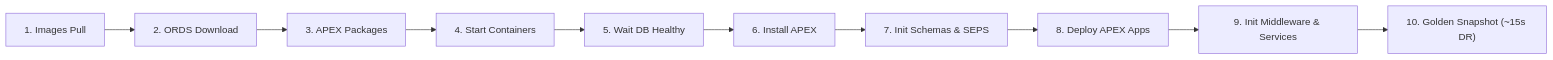
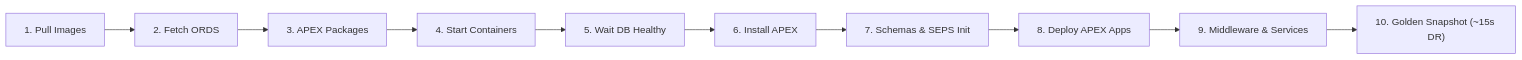
Before and after one commit to alahe/oracle-devops-platform: the second of 3 diagrams in README.md, drawn with Mermaid. The commit also changed other lines of this file and 280 other files, not shown here.

First line of the commit message:
feat(architecture): standardize 15 blueprints, enhance DR snapshot recovery & artifactory publishing

````diff
--- a/README.md
+++ b/README.md
@@ -52,12 +52,12 @@
 ```mermaid
 flowchart LR
-    P1["1. Images Pull"] --> P2["2. ORDS Download"]
+    P1["1. Pull Images"] --> P2["2. Fetch ORDS"]
     P2 --> P3["3. APEX Packages"]
     P3 --> P4["4. Start Containers"]
     P4 --> P5["5. Wait DB Healthy"]
     P5 --> P6["6. Install APEX"]
-    P6 --> P7["7. Init Schemas & SEPS"]
+    P6 --> P7["7. Schemas & SEPS Init"]
     P7 --> P8["8. Deploy APEX Apps"]
-    P8 --> P9["9. Init Middleware & Services"]
+    P8 --> P9["9. Middleware & Services"]
     P9 --> P10["10. Golden Snapshot (~15s DR)"]
 ```
````
